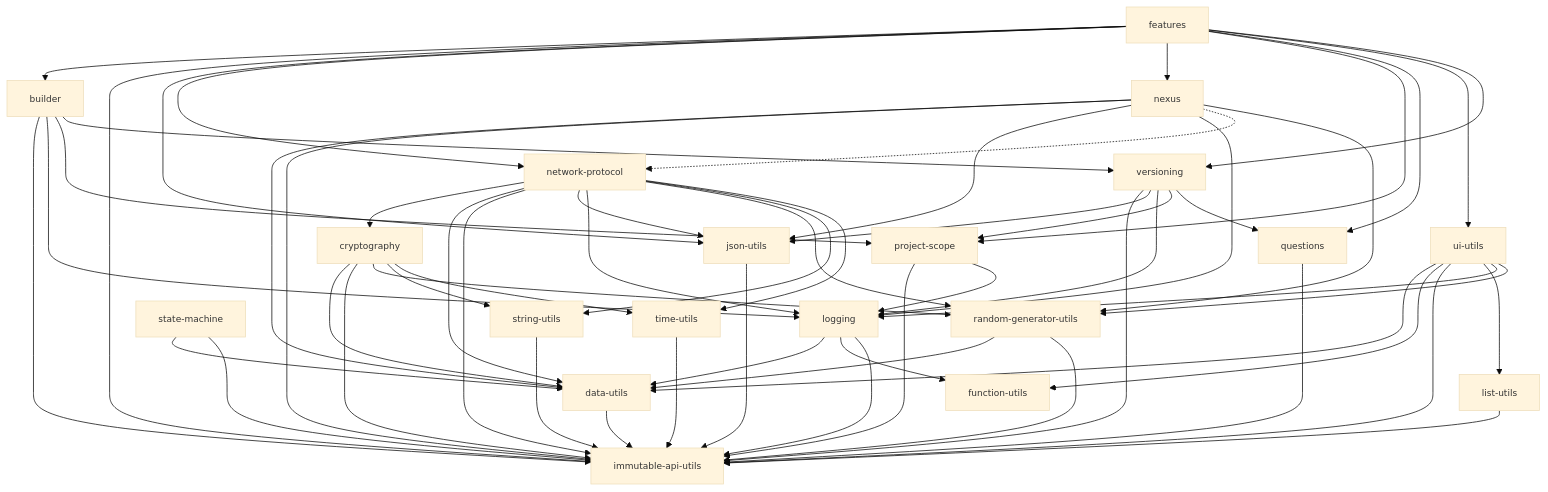
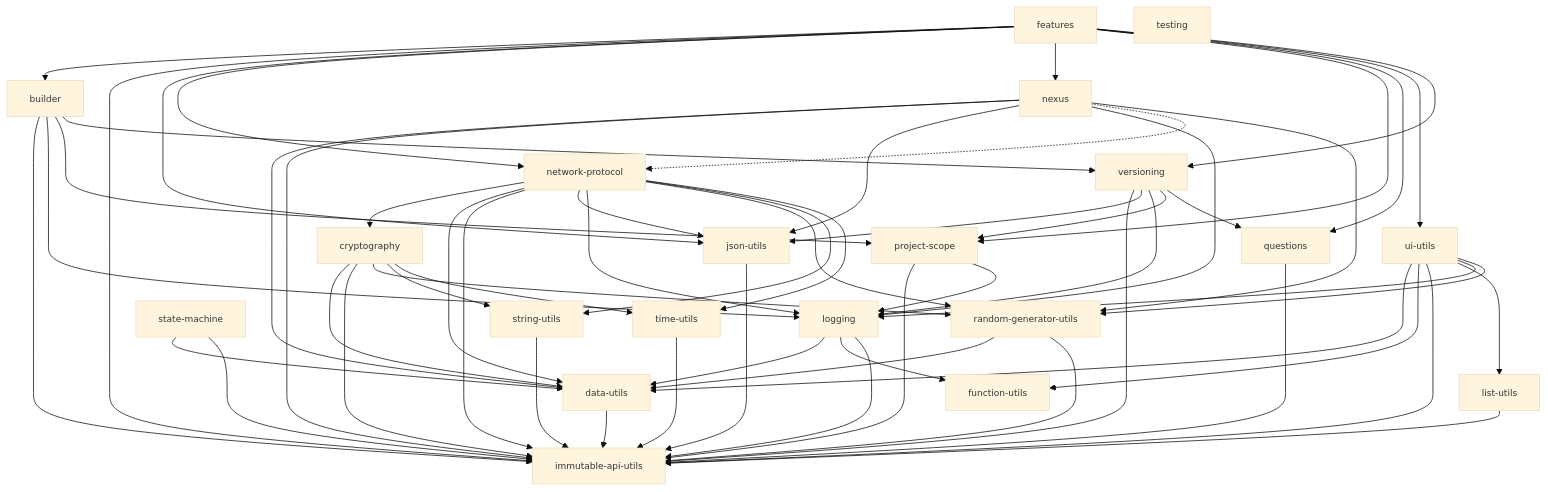
The diagram in LIBRARY_COMPATIBILITY.md (AndrewRedican/hyperfrontend), drawn with Mermaid before and after one commit. The commit also changed other lines of this file and 1 other file, not shown here.

Commit message:
docs(@hyperfrontend/workspace): list @hyperfrontend/testing among the packages

```diff
--- a/LIBRARY_COMPATIBILITY.md
+++ b/LIBRARY_COMPATIBILITY.md
@@ -135,6 +140,7 @@
     random_generator_utils["random-generator-utils"]
     state_machine["state-machine"]
     string_utils["string-utils"]
+    testing["testing"]
     time_utils["time-utils"]
     ui_utils["ui-utils"]
     versioning["versioning"]
```
